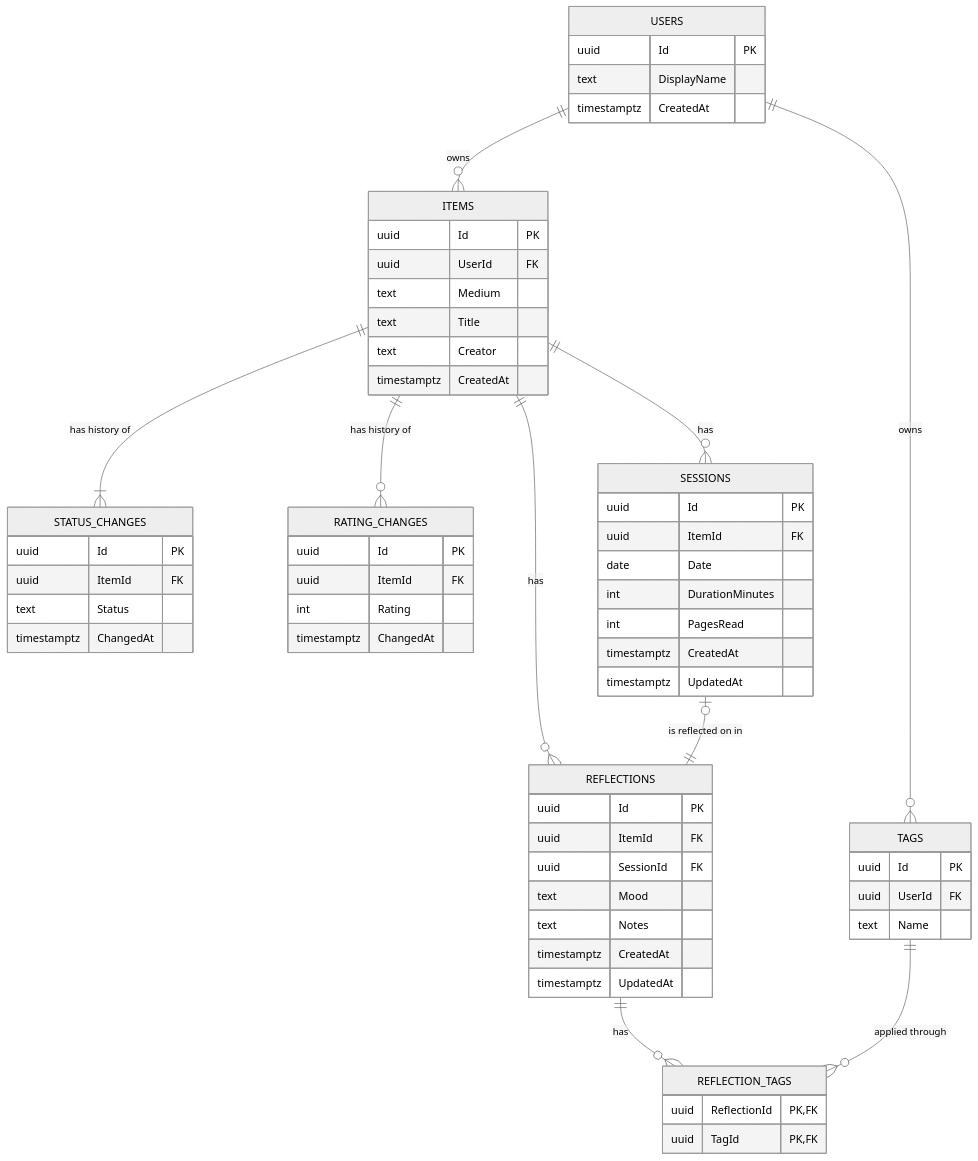
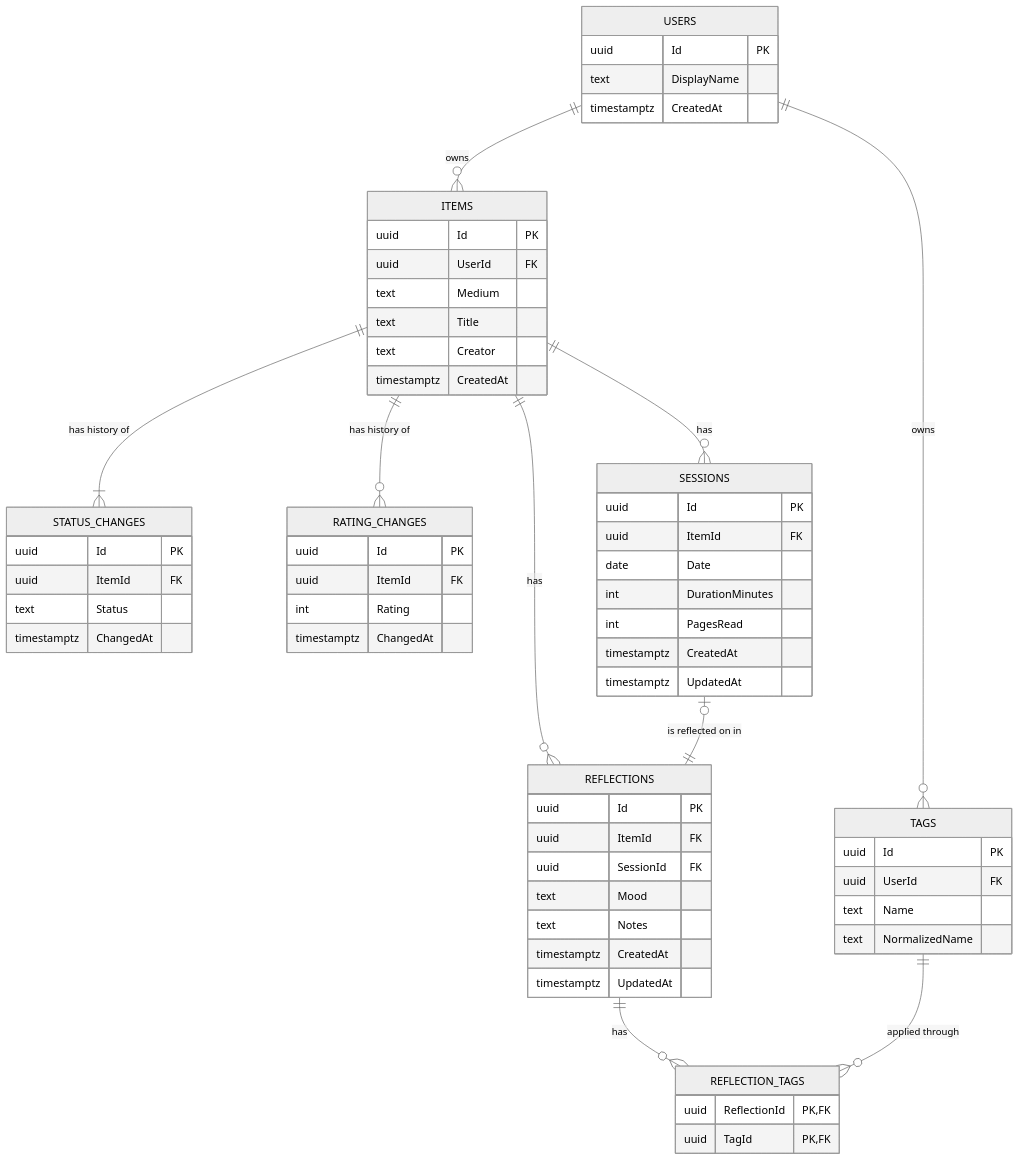
The diagram in docs/data-model.md (courtneytruong/Savepoint), drawn with Mermaid (neutral theme) before and after one commit. The commit also changed other lines of this file and 10 other files, not shown here.

````diff
--- a/docs/data-model.md
+++ b/docs/data-model.md
@@ -7,65 +7,66 @@
 ```mermaid
 erDiagram
     USERS ||--o{ ITEMS : owns
     USERS ||--o{ TAGS : owns
     ITEMS ||--|{ STATUS_CHANGES : "has history of"
     ITEMS ||--o{ RATING_CHANGES : "has history of"
     ITEMS ||--o{ SESSIONS : has
     ITEMS ||--o{ REFLECTIONS : has
     SESSIONS |o--|| REFLECTIONS : "is reflected on in"
     REFLECTIONS ||--o{ REFLECTION_TAGS : has
     TAGS ||--o{ REFLECTION_TAGS : "applied through"
 
     USERS {
         uuid Id PK
         text DisplayName
         timestamptz CreatedAt
     }
     ITEMS {
         uuid Id PK
         uuid UserId FK
         text Medium
         text Title
         text Creator
         timestamptz CreatedAt
     }
     STATUS_CHANGES {
         uuid Id PK
         uuid ItemId FK
         text Status
         timestamptz ChangedAt
     }
     RATING_CHANGES {
         uuid Id PK
         uuid ItemId FK
         int Rating
         timestamptz ChangedAt
     }
     SESSIONS {
         uuid Id PK
         uuid ItemId FK
         date Date
         int DurationMinutes
         int PagesRead
         timestamptz CreatedAt
         timestamptz UpdatedAt
     }
     REFLECTIONS {
         uuid Id PK
         uuid ItemId FK
         uuid SessionId FK
         text Mood
         text Notes
         timestamptz CreatedAt
         timestamptz UpdatedAt
     }
     TAGS {
         uuid Id PK
         uuid UserId FK
         text Name
+        text NormalizedName
     }
     REFLECTION_TAGS {
         uuid ReflectionId PK, FK
         uuid TagId PK, FK
     }
 ```
````
